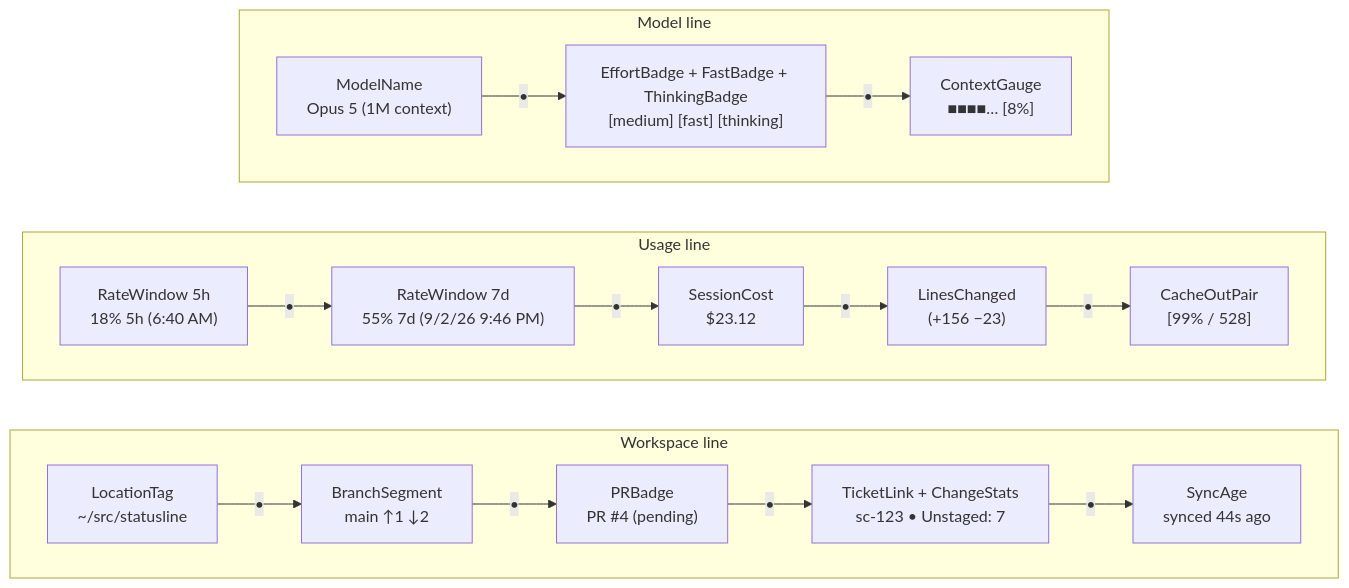
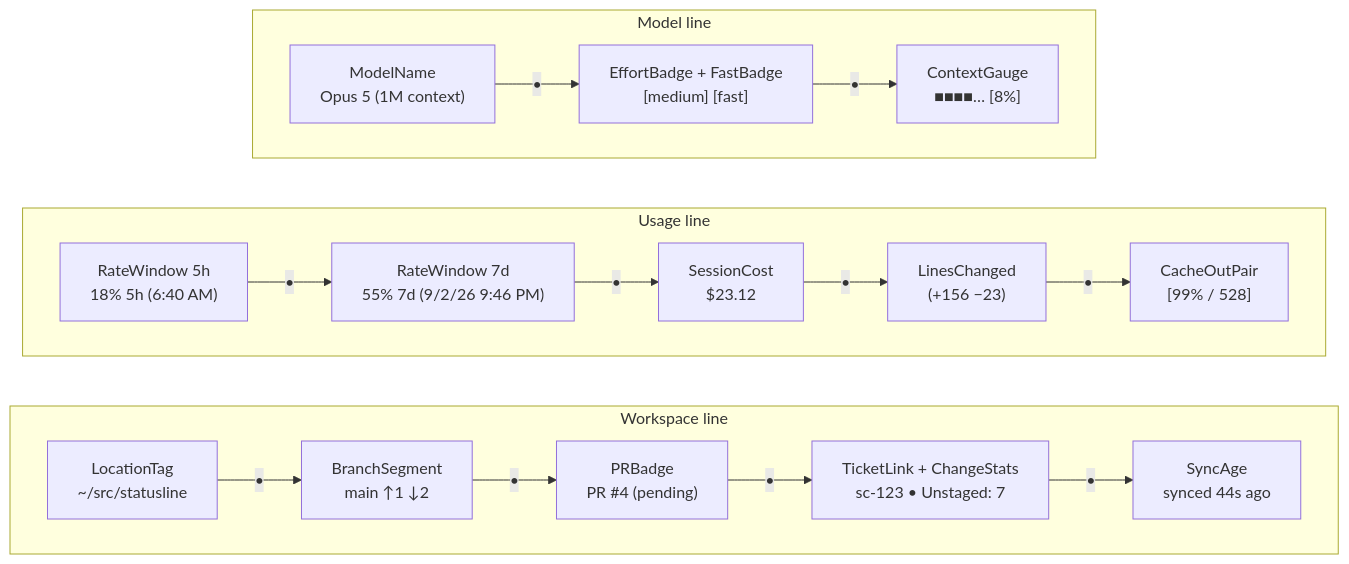
One commit to okize/statusline changed the diagram in README.md. Above: the diagram before and after it, drawn with Mermaid. The commit also changed other lines of this file and 5 other files, not shown here.

First line of the commit message:
feat: drop [thinking] badge

````diff
--- a/README.md
+++ b/README.md
@@ -30,19 +30,19 @@
 ```mermaid
 flowchart TB
     subgraph ModelLine["Model line"]
         direction LR
-        ModelName["ModelName<br/>Opus 5 (1M context)"] -- "•" --> EffortBadge["EffortBadge + FastBadge + ThinkingBadge<br/>[medium] [fast] [thinking]"] -- "•" --> ContextGauge["ContextGauge<br/>■■■■… [8%]"]
+        ModelName["ModelName<br/>Opus 5 (1M context)"] -- "•" --> EffortBadge["EffortBadge + FastBadge<br/>[medium] [fast]"] -- "•" --> ContextGauge["ContextGauge<br/>■■■■… [8%]"]
     end
 
     subgraph UsageLine["Usage line"]
         direction LR
         RateWindow5["RateWindow 5h<br/>18% 5h (6:40 AM)"] -- "•" --> RateWindow7["RateWindow 7d<br/>55% 7d (9/2/26 9:46 PM)"] -- "•" --> SessionCost["SessionCost<br/>$23.12"] -- "•" --> LinesChanged["LinesChanged<br/>(+156 −23)"] -- "•" --> CacheOutPair["CacheOutPair<br/>[99% / 528]"]
     end
 
     subgraph WorkspaceLine["Workspace line"]
         direction LR
         LocationTag["LocationTag<br/>~/src/statusline"] -- "•" --> BranchSegment["BranchSegment<br/>main ↑1 ↓2"] -- "•" --> PRBadge["PRBadge<br/>PR #4 (pending)"] -- "•" --> ChangeStats["TicketLink + ChangeStats<br/>sc-123 • Unstaged: 7"] -- "•" --> SyncAge["SyncAge<br/>synced 44s ago"]
     end
 
     ModelLine ~~~ UsageLine ~~~ WorkspaceLine
 ```
````
